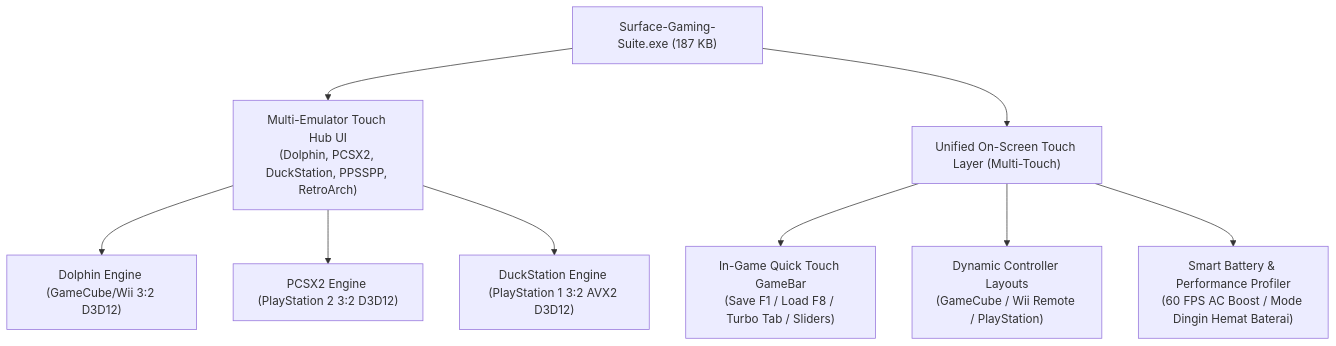
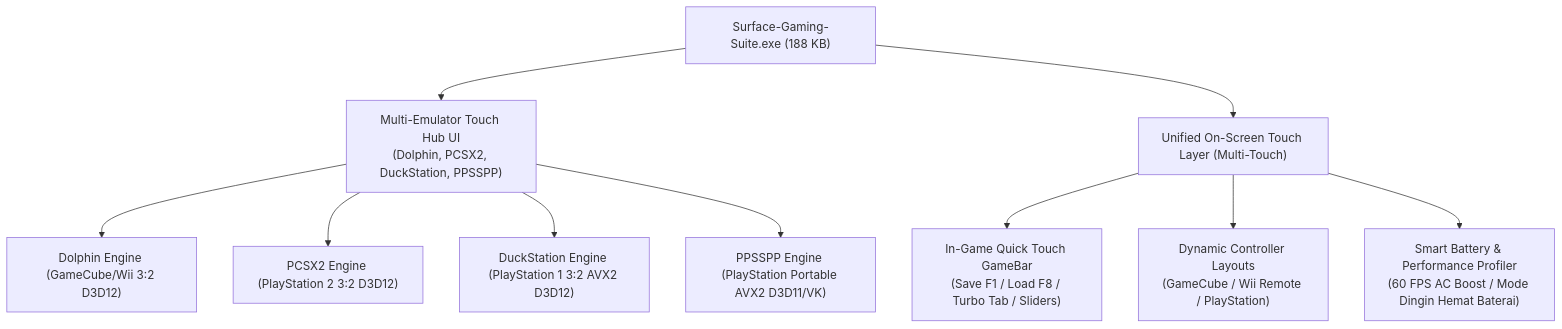
The diagram in Readme.md (MPESMPEK/dolphin-emulator-surface-laptop-go-1), drawn with Mermaid before and after one commit. The commit also changed other lines of this file and 6 other files, not shown here.

Commit message:
v2.3.0: Integrasi Emulator PSP PPSSPP AVX2 & Hapus RetroArch dari Hub

````diff
--- a/Readme.md
+++ b/Readme.md
@@ -141,11 +147,12 @@
 ```mermaid
 flowchart TD
-    Launcher["Surface-Gaming-Suite.exe (187 KB)"] --> Hub["Multi-Emulator Touch Hub UI\n(Dolphin, PCSX2, DuckStation, PPSSPP, RetroArch)"]
+    Launcher["Surface-Gaming-Suite.exe (188 KB)"] --> Hub["Multi-Emulator Touch Hub UI\n(Dolphin, PCSX2, DuckStation, PPSSPP)"]
     Hub --> Dolphin["Dolphin Engine (GameCube/Wii 3:2 D3D12)"]
     Hub --> PCSX2["PCSX2 Engine (PlayStation 2 3:2 D3D12)"]
     Hub --> DuckStation["DuckStation Engine (PlayStation 1 3:2 AVX2 D3D12)"]
+    Hub --> PPSSPP["PPSSPP Engine (PlayStation Portable AVX2 D3D11/VK)"]
     Launcher --> Overlay["Unified On-Screen Touch Layer (Multi-Touch)"]
     Overlay --> QuickMenu["In-Game Quick Touch GameBar\n(Save F1 / Load F8 / Turbo Tab / Sliders)"]
     Overlay --> Controller["Dynamic Controller Layouts\n(GameCube / Wii Remote / PlayStation)"]
     Overlay --> Battery["Smart Battery & Performance Profiler\n(60 FPS AC Boost / Mode Dingin Hemat Baterai)"]
 ```
````
